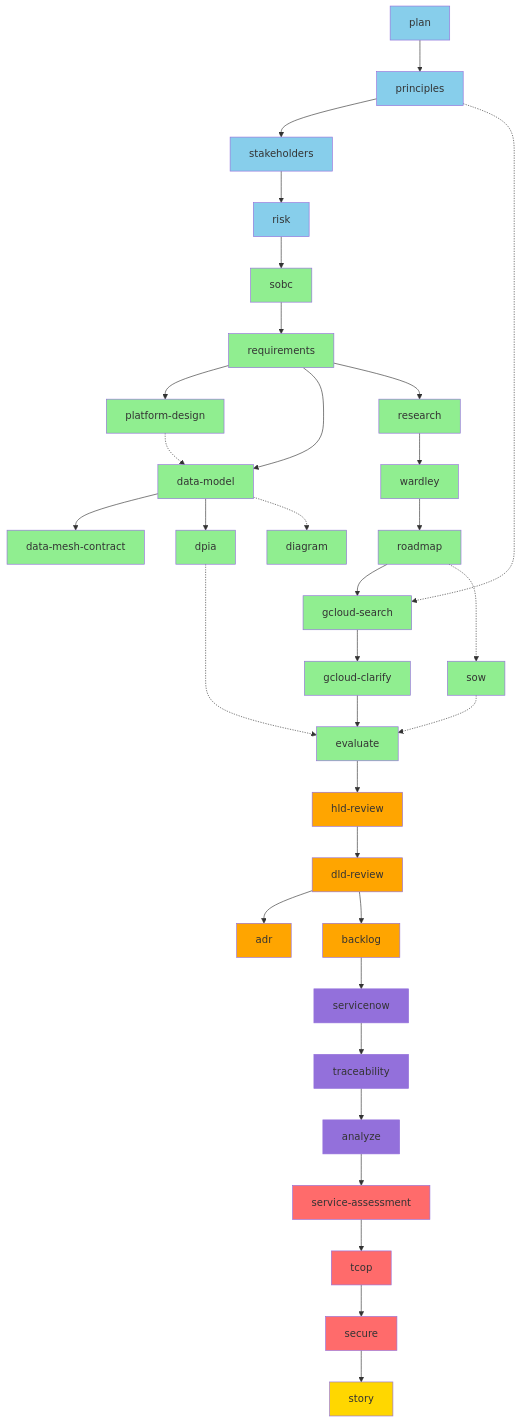
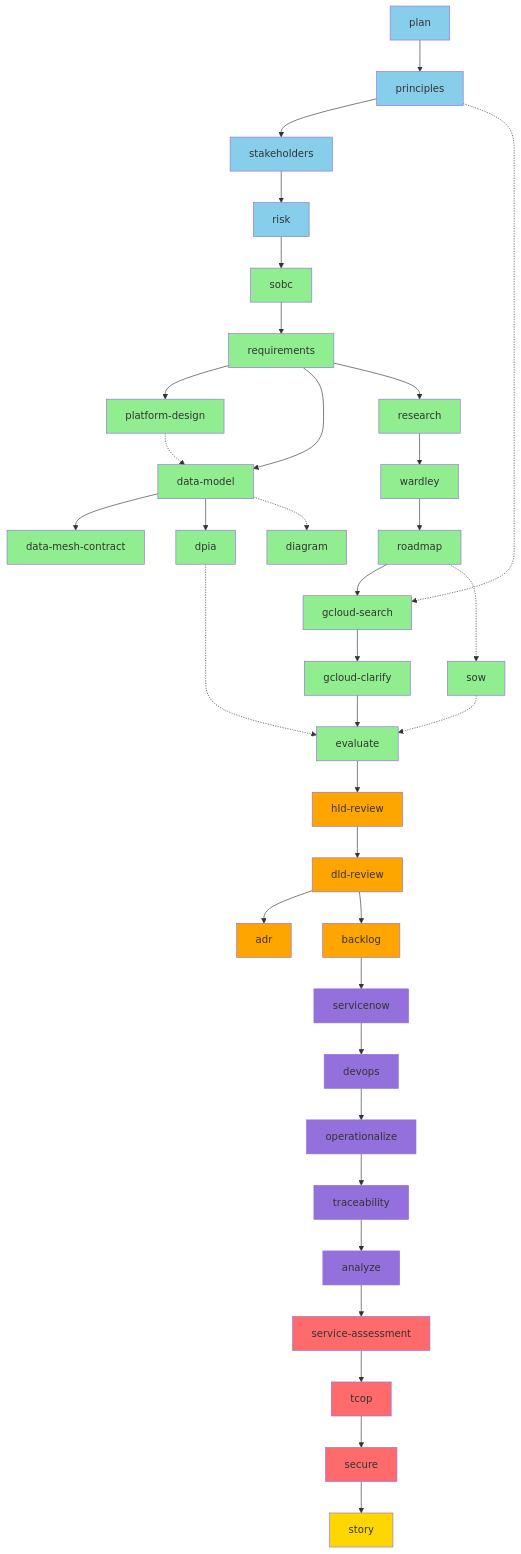
The second of 9 diagrams in WORKFLOW-DIAGRAMS.md (tractorjuice/arc-kit), drawn with Mermaid before and after one commit. The commit also changed other lines of this file and 17 other files, not shown here.

First line of the commit message:
feat: add devops, mlops, and operationalize commands

```diff
--- a/WORKFLOW-DIAGRAMS.md
+++ b/WORKFLOW-DIAGRAMS.md
@@ -138,7 +142,9 @@
 
     %% Tier 8-9: Operations & Quality
     U --> W[servicenow]
-    W --> X[traceability]
+    W --> W1[devops]
+    W1 --> W2[operationalize]
+    W2 --> X[traceability]
     X --> Y[analyze]
 
     %% Tier 10: UK Gov Compliance
@@ -172,6 +178,8 @@
     style U fill:#FFA500
     style V fill:#90EE90
     style W fill:#9370DB
+    style W1 fill:#9370DB
+    style W2 fill:#9370DB
     style X fill:#9370DB
     style Y fill:#9370DB
     style Z fill:#FF6B6B
```
